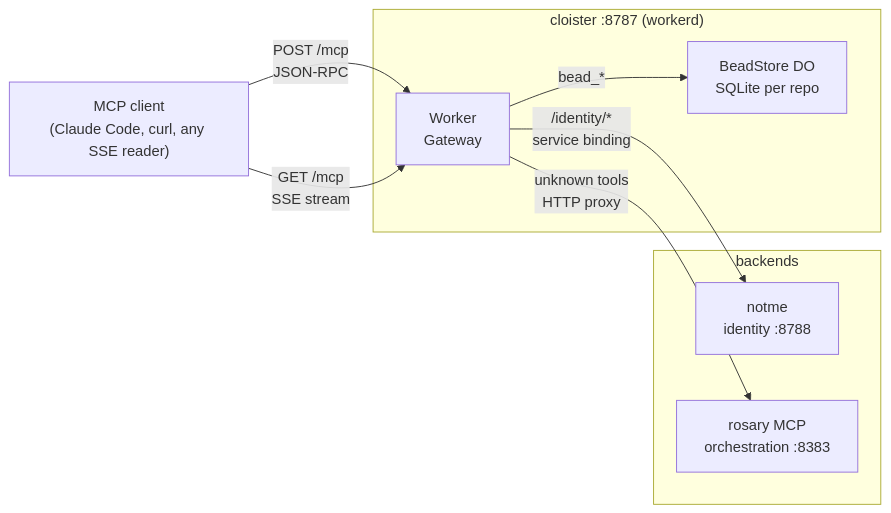
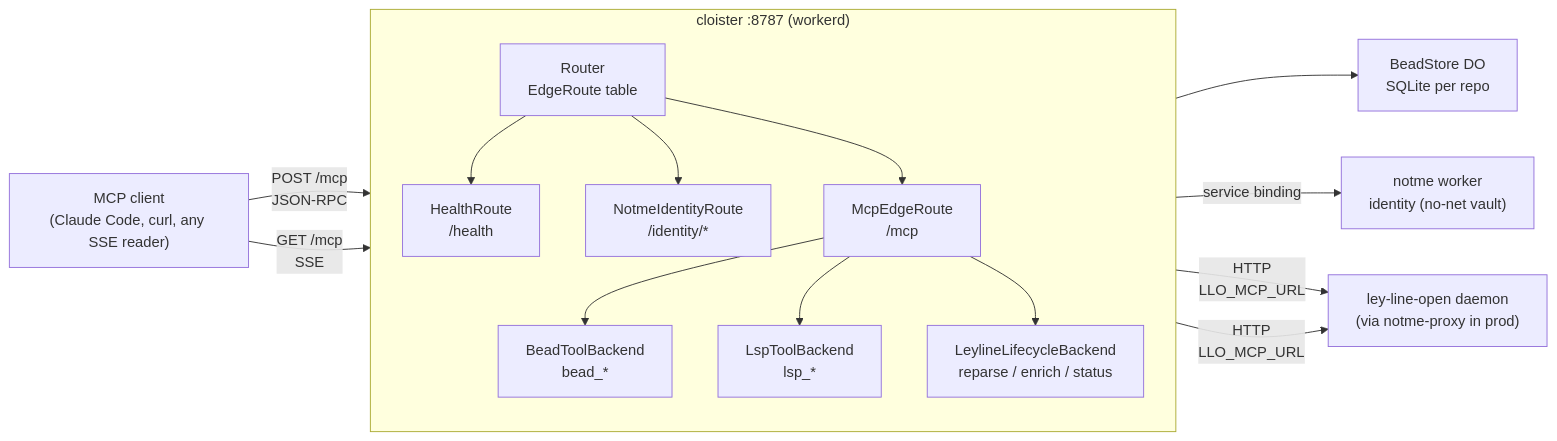
Before and after one commit to agentic-research/cloister: the diagram in README.md, drawn with Mermaid. The commit also changed other lines of this file and 5 other files, not shown here.

First line of the commit message:
docs: refresh README + ARCHITECTURE for ADR-0002, add GETTING-STARTED

````diff
--- a/README.md
+++ b/README.md
@@ -5,20 +7,33 @@
 ```mermaid
 graph LR
     Client["MCP client\n(Claude Code, curl, any SSE reader)"]
 
     subgraph cloister ["cloister :8787 (workerd)"]
-        GW["Worker\nGateway"]
-        DO["BeadStore DO\nSQLite per repo"]
-        GW -->|bead_*| DO
+        direction TB
+        ROUTER["Router\nEdgeRoute table"]
+        MCP["McpEdgeRoute\n/mcp"]
+        BEADS["BeadToolBackend\nbead_*"]
+        LSP["LspToolBackend\nlsp_*"]
+        LIFE["LeylineLifecycleBackend\nreparse / enrich / status"]
+        ID["NotmeIdentityRoute\n/identity/*"]
+        HLT["HealthRoute\n/health"]
+
+        ROUTER --> HLT
+        ROUTER --> ID
+        ROUTER --> MCP
+        MCP --> BEADS
+        MCP --> LSP
+        MCP --> LIFE
     end
 
-    subgraph backends ["backends"]
-        NOTME["notme\nidentity :8788"]
-        ROSARY["rosary MCP\norchestration :8383"]
-    end
+    DO["BeadStore DO\nSQLite per repo"]
+    NOTME["notme worker\nidentity (no-net vault)"]
+    LLO["ley-line-open daemon\n(via notme-proxy in prod)"]
 
-    Client -->|POST /mcp\nJSON-RPC| GW
-    Client -->|GET /mcp\nSSE stream| GW
-    GW -->|/identity/*\nservice binding| NOTME
-    GW -->|unknown tools\nHTTP proxy| ROSARY
+    Client -->|POST /mcp\nJSON-RPC| ROUTER
+    Client -->|GET /mcp\nSSE| ROUTER
+    BEADS --> DO
+    ID -->|service binding| NOTME
+    LSP -->|HTTP\nLLO_MCP_URL| LLO
+    LIFE -->|HTTP\nLLO_MCP_URL| LLO
 ```
````
